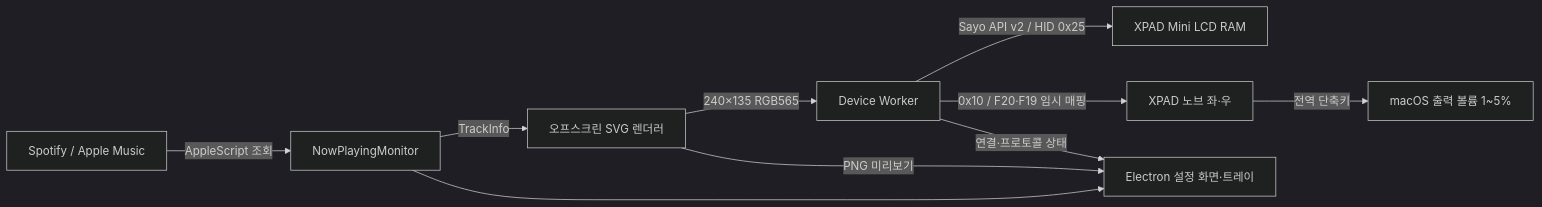
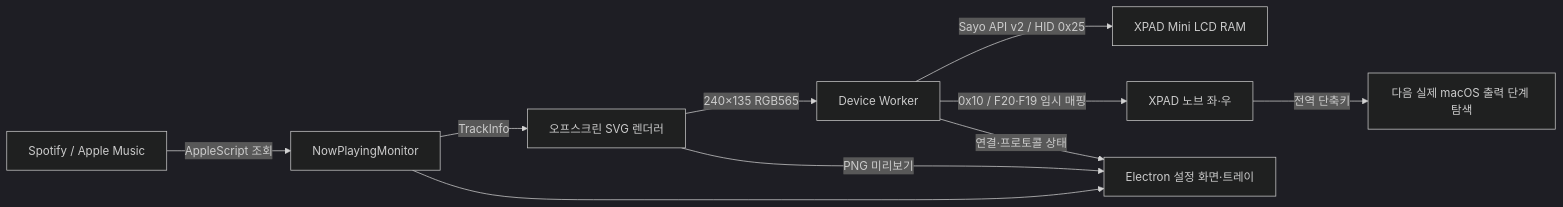
One commit to zime78/XPAD-mini-Led changed the diagram in docs/DEVELOPMENT_REPORT.md. Above: the diagram before and after it, drawn with Mermaid (dark theme). The commit also changed other lines of this file and 8 other files, not shown here.

````diff
--- a/docs/DEVELOPMENT_REPORT.md
+++ b/docs/DEVELOPMENT_REPORT.md
@@ -45,12 +45,12 @@
 ```mermaid
 flowchart LR
     A[Spotify / Apple Music] -->|AppleScript 조회| B[NowPlayingMonitor]
     B -->|TrackInfo| C[오프스크린 SVG 렌더러]
     C -->|240×135 RGB565| D[Device Worker]
     D -->|Sayo API v2 / HID 0x25| E[XPAD Mini LCD RAM]
     D -->|0x10 / F20·F19 임시 매핑| G[XPAD 노브 좌·우]
-    G -->|전역 단축키| H[macOS 출력 볼륨 1~5%]
+    G -->|전역 단축키| H[다음 실제 macOS 출력 단계 탐색]
     B --> F[Electron 설정 화면·트레이]
     C -->|PNG 미리보기| F
     D -->|연결·프로토콜 상태| F
 ```
````
